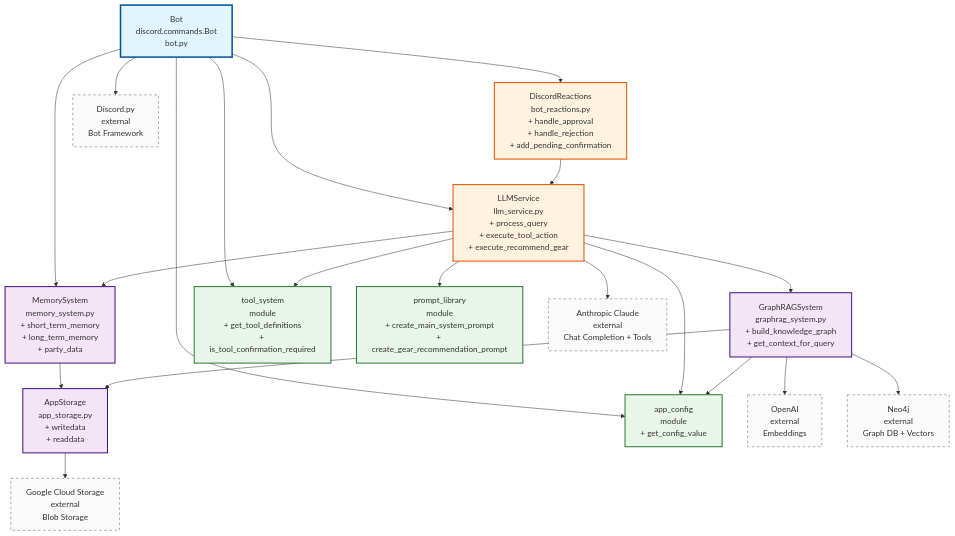
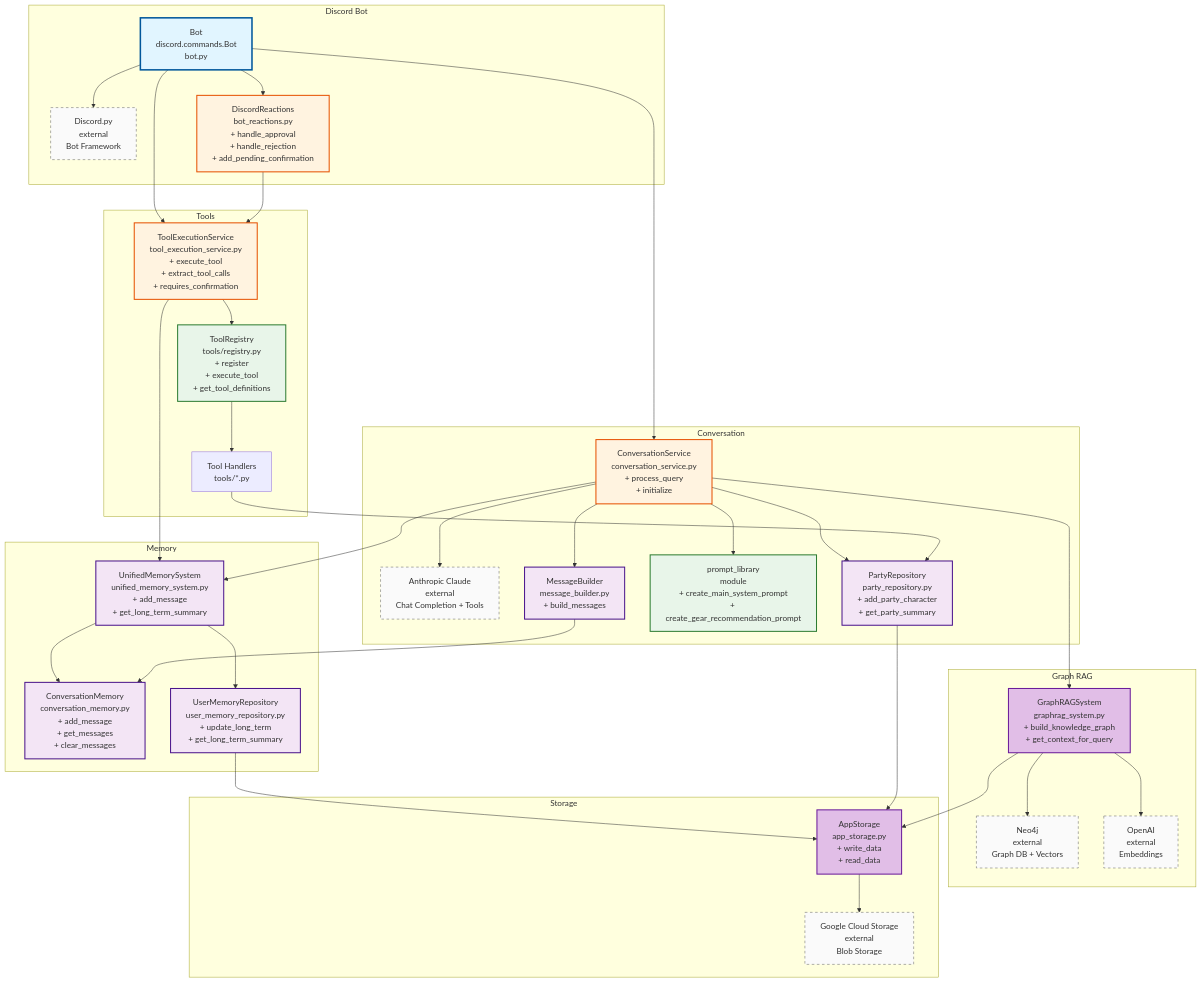
The diagram in src/class_design.mmd (jasonroberts79/cyberpunk-looter), drawn with Mermaid before and after one commit. The commit also changed 22 other files, not shown here.

```diff
--- a/src/class_design.mmd
+++ b/src/class_design.mmd
@@ -1,73 +1,73 @@
-graph TB
-      %% Entry Point
-      bot[Bot<br/>discord.commands.Bot<br/>bot.py]
-
-      %% Core Services
-      llm[LLMService<br/>llm_service.py<br/>+ process_query<br/>+ execute_tool_action<br/>+ execute_recommend_gear]
-
-      reactions[DiscordReactions<br/>bot_reactions.py<br/>+ handle_approval<br/>+ handle_rejection<br/>+ add_pending_confirmation]
-
-      %% Data Layer
-      memory[MemorySystem<br/>memory_system.py<br/>+ short_term_memory<br/>+ long_term_memory<br/>+ party_data]
-
-      graphrag[GraphRAGSystem<br/>graphrag_system.py<br/>+ build_knowledge_graph<br/>+ get_context_for_query]
-
-      storage[AppStorage<br/>app_storage.py<br/>+ writedata<br/>+ readdata]
-
-      %% Utility Modules
-      tools[tool_system<br/>module<br/>+ get_tool_definitions<br/>+ is_tool_confirmation_required]
-
-      prompts[prompt_library<br/>module<br/>+ create_main_system_prompt<br/>+ create_gear_recommendation_prompt]
-
-      config[app_config<br/>module<br/>+ get_config_value]
-
-      %% External Dependencies
-      claude[Anthropic Claude<br/>external<br/>Chat Completion + Tools]
-      openai[OpenAI<br/>external<br/>Embeddings]
-      neo4j[Neo4j<br/>external<br/>Graph DB + Vectors]
-      discord_lib[Discord.py<br/>external<br/>Bot Framework]
-      gcs[Google Cloud Storage<br/>external<br/>Blob Storage]
-
-      %% Bot Dependencies
-      bot --> llm
-      bot --> reactions
-      bot --> memory
-      bot --> tools
-      bot --> config
-      bot --> discord_lib
-
-      %% Reactions Dependencies
-      reactions --> llm
-
-      %% LLM Service Dependencies
-      llm --> graphrag
-      llm --> memory
-      llm --> claude
-      llm --> tools
-      llm --> prompts
-      llm --> config
-
-      %% Memory System Dependencies
-      memory --> storage
-
-      %% GraphRAG Dependencies
-      graphrag --> neo4j
-      graphrag --> openai
-      graphrag --> storage
-      graphrag --> config
-
-      %% Storage Dependencies
-      storage --> gcs
-
-      %% Styling
-      classDef entryPoint fill:#e1f5ff,stroke:#01579b,stroke-width:3px
-      classDef coreService fill:#fff3e0,stroke:#e65100,stroke-width:2px
-      classDef dataLayer fill:#f3e5f5,stroke:#4a148c,stroke-width:2px
-      classDef utilityModule fill:#e8f5e9,stroke:#2e7d32,stroke-width:2px
-      classDef external fill:#fafafa,stroke:#616161,stroke-width:1px,stroke-dasharray: 5 5
-
-      class bot entryPoint
-      class llm,reactions coreService
-      class memory,graphrag,storage dataLayer
-      class tools,prompts,config utilityModule
-      class claude,openai,neo4j,discord_lib,gcs external
+---
+config:
+  layout: fixed
+---
+flowchart TB
+ subgraph s1["Graph RAG"]
+        graphrag["GraphRAGSystem<br>graphrag_system.py<br>+ build_knowledge_graph<br>+ get_context_for_query"]
+        neo4j["Neo4j<br>external<br>Graph DB + Vectors"]
+        openai["OpenAI<br>external<br>Embeddings"]
+  end
+ subgraph s2["Storage"]
+        storage["AppStorage<br>app_storage.py<br>+ write_data<br>+ read_data"]
+        gcs["Google Cloud Storage<br>external<br>Blob Storage"]
+  end
+ subgraph s3["Conversation"]
+        conversation["ConversationService<br>conversation_service.py<br>+ process_query<br>+ initialize"]
+        claude["Anthropic Claude<br>external<br>Chat Completion + Tools"]
+        message_builder["MessageBuilder<br>message_builder.py<br>+ build_messages"]
+        prompts["prompt_library<br>module<br>+ create_main_system_prompt<br>+ create_gear_recommendation_prompt"]
+        party_repo["PartyRepository<br>party_repository.py<br>+ add_party_character<br>+ get_party_summary"]
+  end
+ subgraph s4["Memory"]
+        unified_memory["UnifiedMemorySystem<br>unified_memory_system.py<br>+ add_message<br>+ get_long_term_summary"]
+        conversation_mem["ConversationMemory<br>conversation_memory.py<br>+ add_message<br>+ get_messages<br>+ clear_messages"]
+        user_mem_repo["UserMemoryRepository<br>user_memory_repository.py<br>+ update_long_term<br>+ get_long_term_summary"]
+  end
+ subgraph s5["Discord Bot"]
+        bot["Bot<br>discord.commands.Bot<br>bot.py"]
+        discord_lib["Discord.py<br>external<br>Bot Framework"]
+        reactions["DiscordReactions<br>bot_reactions.py<br>+ handle_approval<br>+ handle_rejection<br>+ add_pending_confirmation"]
+  end
+ subgraph s6["Tools"]
+        tool_exec["ToolExecutionService<br>tool_execution_service.py<br>+ execute_tool<br>+ extract_tool_calls<br>+ requires_confirmation"]
+        tool_registry["ToolRegistry<br>tools/registry.py<br>+ register<br>+ execute_tool<br>+ get_tool_definitions"]
+        tool_handlers["Tool Handlers<br>tools/*.py"]
+  end
+    bot --> discord_lib & tool_exec & reactions & conversation
+    reactions --> tool_exec
+    conversation --> claude & graphrag & unified_memory & party_repo & message_builder & prompts
+    tool_exec --> tool_registry & unified_memory
+    unified_memory --> conversation_mem & user_mem_repo
+    user_mem_repo --> storage
+    party_repo --> storage
+    message_builder --> conversation_mem
+    graphrag --> neo4j & openai & storage
+    storage --> gcs
+    tool_registry --> tool_handlers
+    tool_handlers --> party_repo
+     graphrag:::dataLayer
+     neo4j:::external
+     openai:::external
+     storage:::dataLayer
+     gcs:::external
+     conversation:::coreService
+     claude:::external
+     message_builder:::memoryLayer
+     prompts:::utilityModule
+     party_repo:::memoryLayer
+     unified_memory:::memoryLayer
+     conversation_mem:::memoryLayer
+     user_mem_repo:::memoryLayer
+     bot:::entryPoint
+     discord_lib:::external
+     reactions:::coreService
+     tool_exec:::coreService
+     tool_registry:::utilityModule
+    classDef entryPoint fill:#e1f5ff,stroke:#01579b,stroke-width:3px
+    classDef diContainer fill:#fff9c4,stroke:#f57f17,stroke-width:2px
+    classDef coreService fill:#fff3e0,stroke:#e65100,stroke-width:2px
+    classDef memoryLayer fill:#f3e5f5,stroke:#4a148c,stroke-width:2px
+    classDef dataLayer fill:#e1bee7,stroke:#6a1b9a,stroke-width:2px
+    classDef utilityModule fill:#e8f5e9,stroke:#2e7d32,stroke-width:2px
+    classDef external fill:#fafafa,stroke:#616161,stroke-width:1px,stroke-dasharray: 5 5
```
